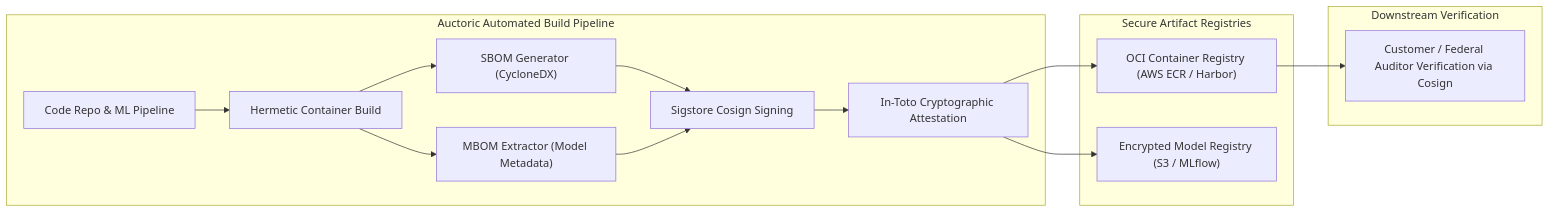
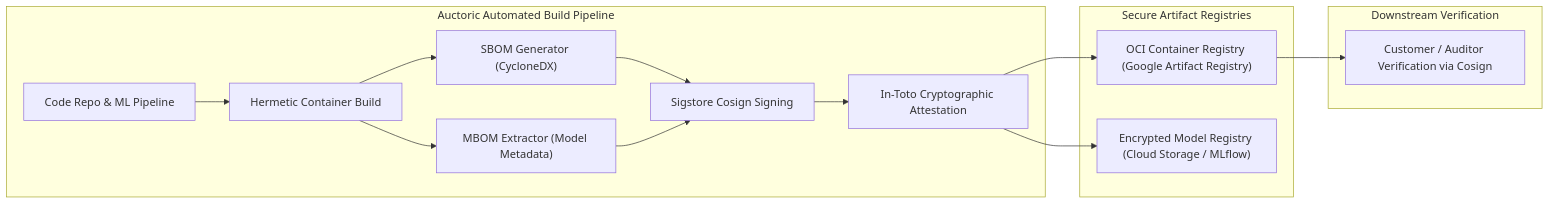
One commit to Auctoric/auctoric-compliance-framework changed the diagram in docs/technical-standards/sbom-mbom-guidelines.md. Above: the diagram before and after it, drawn with Mermaid. The commit also changed other lines of this file and 20 other files, not shown here.

````diff
--- a/docs/technical-standards/sbom-mbom-guidelines.md
+++ b/docs/technical-standards/sbom-mbom-guidelines.md
@@ -25,20 +25,20 @@
 ```mermaid
 flowchart LR
     subgraph BuildPipeline["Auctoric Automated Build Pipeline"]
         SourceCode["Code Repo & ML Pipeline"] --> Build["Hermetic Container Build"]
         Build --> Syft["SBOM Generator (CycloneDX)"]
         Build --> MBOMLog["MBOM Extractor (Model Metadata)"]
         Syft --> Cosign["Sigstore Cosign Signing"]
         MBOMLog --> Cosign
         Cosign --> Attest["In-Toto Cryptographic Attestation"]
     end
 
     subgraph Registries["Secure Artifact Registries"]
-        Attest --> OCI["OCI Container Registry (AWS ECR / Harbor)"]
-        Attest --> ModelReg["Encrypted Model Registry (S3 / MLflow)"]
+        Attest --> OCI["OCI Container Registry (Google Artifact Registry)"]
+        Attest --> ModelReg["Encrypted Model Registry (Cloud Storage / MLflow)"]
     end
 
     subgraph Consumers["Downstream Verification"]
-        OCI --> Verify["Customer / Federal Auditor Verification via Cosign"]
+        OCI --> Verify["Customer / Auditor Verification via Cosign"]
     end
 ```
````
